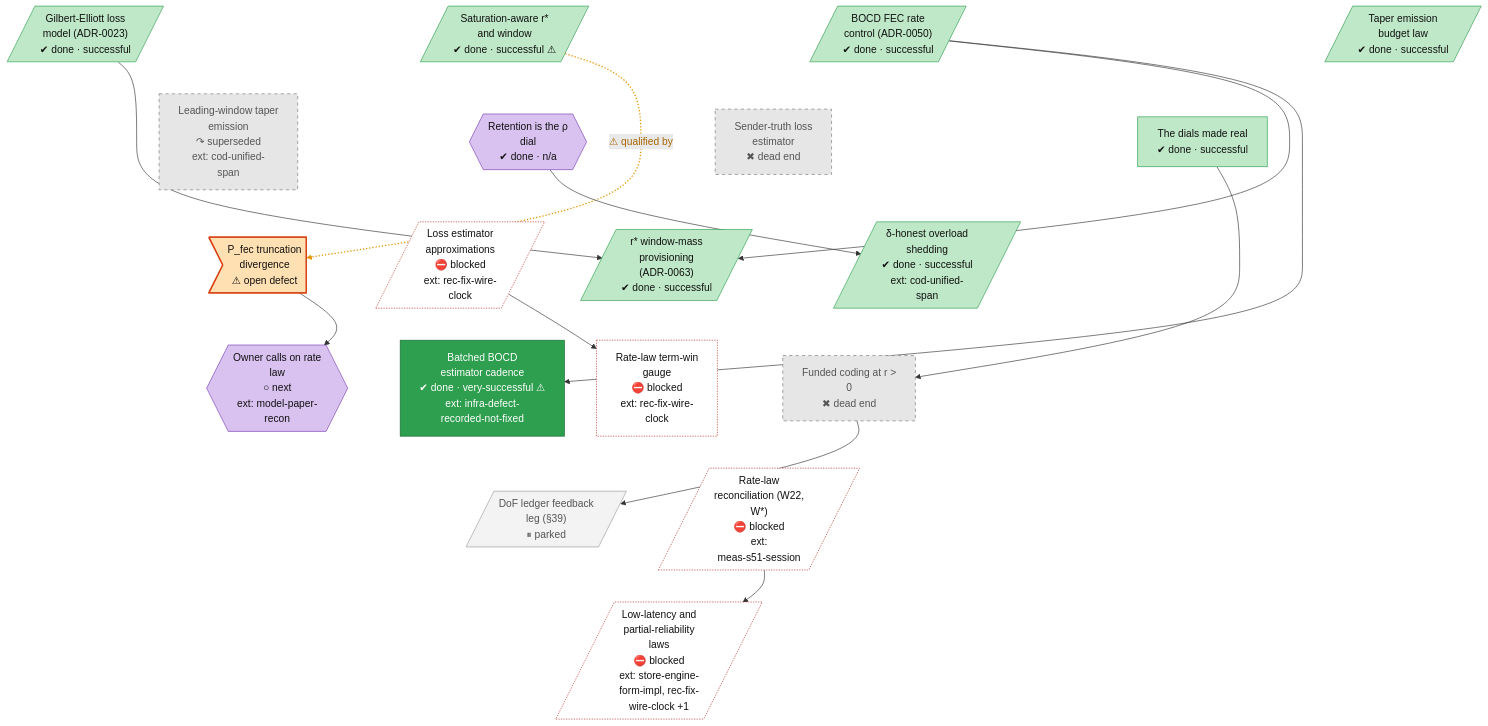
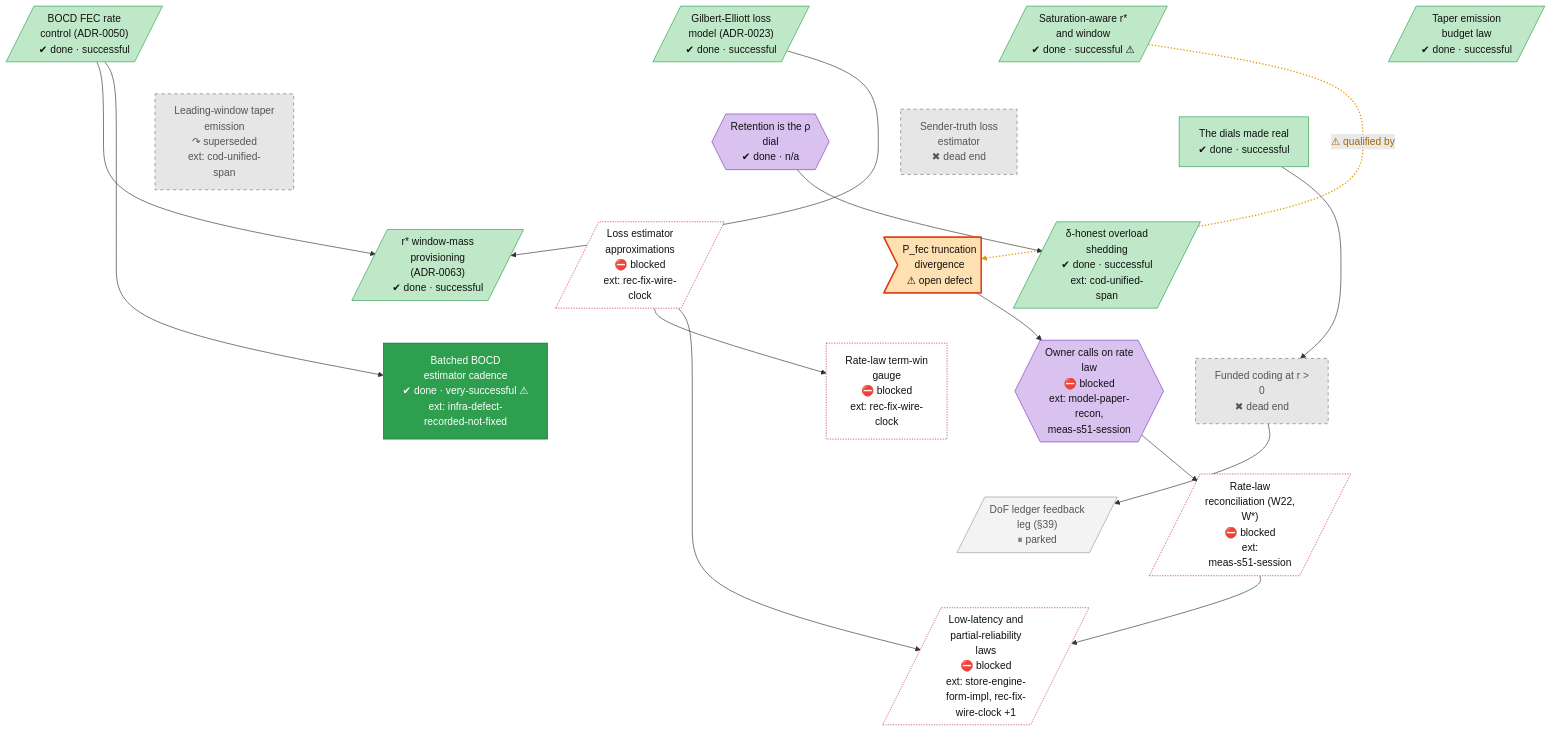
One commit to lhns/raptorpath changed the sixth of 14 diagrams in docs/roadmap.md. Above: the diagram before and after it, drawn with Mermaid. The commit also changed other lines of this file and 4 other files, not shown here.

Commit message:
roadmap: frozen hand-edited tree (228 nodes); §51 dependencies reversed; open research problem marked on the honest-inputs fix; history extraction notes, owner-request coverage and coverage table in docs/roadmap/history

```diff
--- a/docs/roadmap.md
+++ b/docs/roadmap.md
@@ -1012,7 +1015,7 @@
     rate_dof_ledger[/"DoF ledger feedback<br/>leg (#167;39)<br/>⏸ parked"/]
     rate_dials_made_real["The dials made real<br/>✔ done · successful"]
     rate_defect_pfec>"P_fec truncation<br/>divergence<br/>⚠ open defect"]
-    rate_user_rate_law{{"Owner calls on rate<br/>law<br/>○ next<br/>ext: model-paper-<br/>recon"}}
+    rate_user_rate_law{{"Owner calls on rate<br/>law<br/>⛔ blocked<br/>ext: model-paper-<br/>recon,<br/>meas-s51-session"}}
     rate_law_reconcile[/"Rate-law<br/>reconciliation (W22,<br/>W*)<br/>⛔ blocked<br/>ext:<br/>meas-s51-session"/]
     rate_fix_term_gauge["Rate-law term-win<br/>gauge<br/>⛔ blocked<br/>ext: rec-fix-wire-<br/>clock"]
     rate_fix_estimators[/"Loss estimator<br/>approximations<br/>⛔ blocked<br/>ext: rec-fix-wire-<br/>clock"/]
@@ -1083,8 +1086,10 @@
     rate_dials_made_real --> rate_r_battery
     rate_r_battery --> rate_dof_ledger
     rate_defect_pfec --> rate_user_rate_law
+    rate_user_rate_law --> rate_law_reconcile
     rate_fix_estimators --> rate_fix_term_gauge
     rate_law_reconcile --> rate_fix_rho_realtime
+    rate_fix_estimators --> rate_fix_rho_realtime
     linkStyle 58 stroke:#e69500,stroke-width:2px,stroke-dasharray:2 3,color:#a86400
     classDef vsucc fill:#2e9e4f,stroke:#1b6b34,color:#fff
     classDef succ fill:#bfe8c8,stroke:#2e9e4f,color:#111
```
